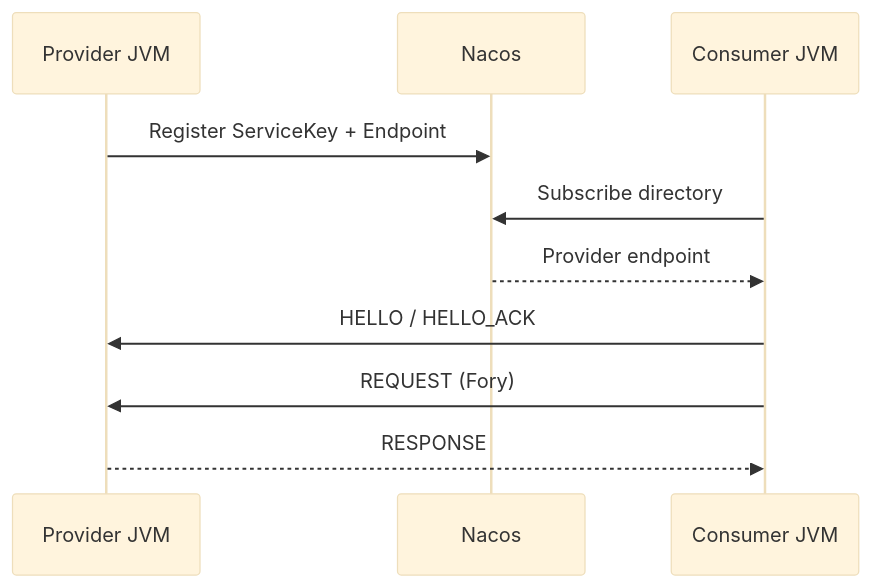
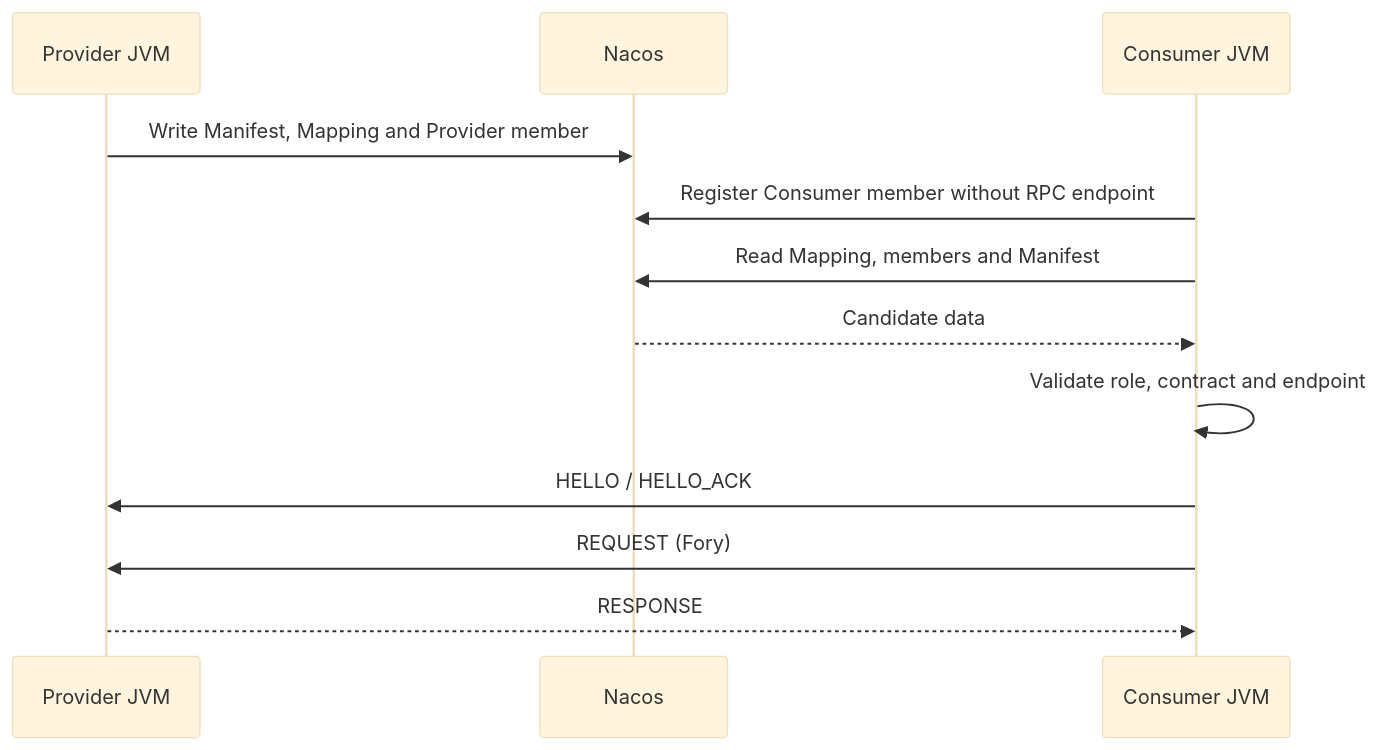
The second of 2 diagrams in otryx-quickstart/README.en-US.md (Ryan-Guizhou/otryx-rpc), drawn with Mermaid (base theme) before and after one commit. The commit also changed other lines of this file and 33 other files, not shown here.

````diff
--- a/otryx-quickstart/README.en-US.md
+++ b/otryx-quickstart/README.en-US.md
@@ -87,12 +101,14 @@
 ```mermaid
 sequenceDiagram
     participant P as Provider JVM
     participant N as Nacos
     participant C as Consumer JVM
-    P->>N: Register ServiceKey + Endpoint
-    C->>N: Subscribe directory
-    N-->>C: Provider endpoint
+    P->>N: Write Manifest, Mapping and Provider member
+    C->>N: Register Consumer member without RPC endpoint
+    C->>N: Read Mapping, members and Manifest
+    N-->>C: Candidate data
+    C->>C: Validate role, contract and endpoint
     C->>P: HELLO / HELLO_ACK
     C->>P: REQUEST (Fory)
     P-->>C: RESPONSE
 ```
````
